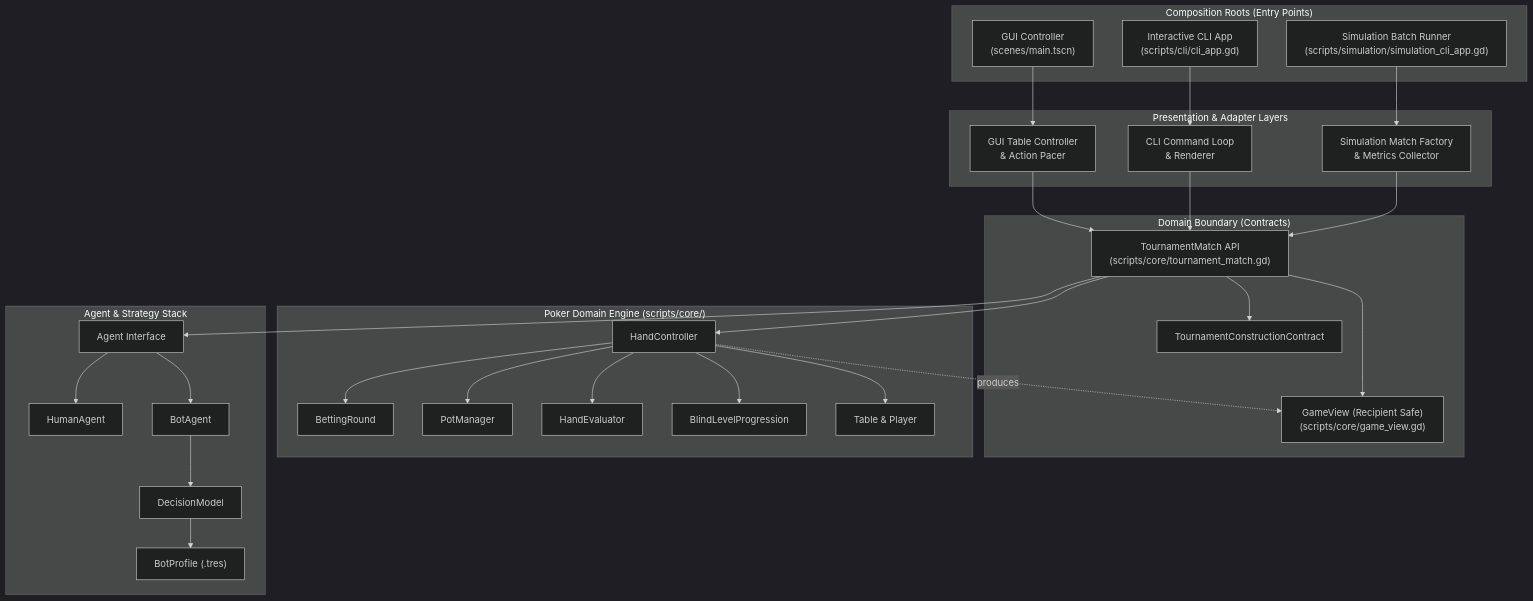
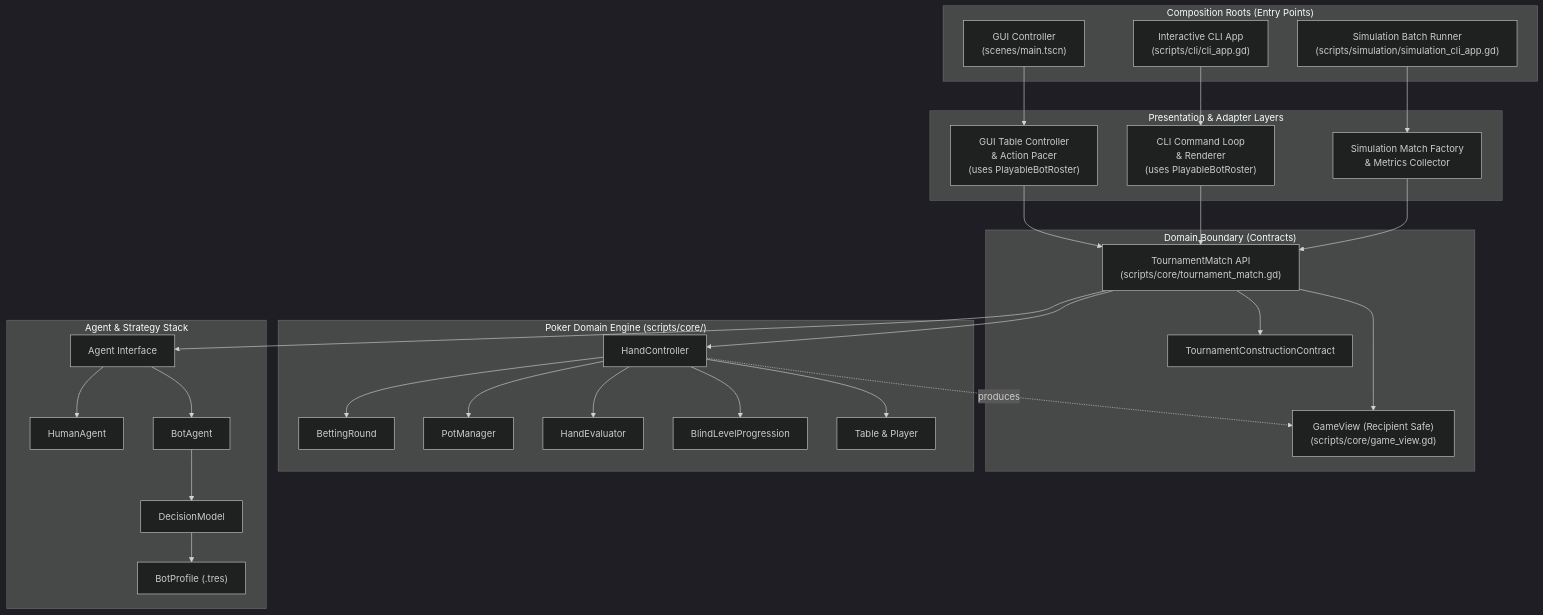
Before and after one commit to rofferdal/pokahdot: the first of 3 diagrams in devdocs/reference/architecture.md, drawn with Mermaid (dark theme). The commit also changed other lines of this file and 10 other files, not shown here.

````diff
--- a/devdocs/reference/architecture.md
+++ b/devdocs/reference/architecture.md
@@ -11,62 +11,62 @@
 ```mermaid
 flowchart TD
     subgraph CompositionRoots["Composition Roots (Entry Points)"]
         GUI_Root["GUI Controller\n(scenes/main.tscn)"]
         CLI_Root["Interactive CLI App\n(scripts/cli/cli_app.gd)"]
         SIM_Root["Simulation Batch Runner\n(scripts/simulation/simulation_cli_app.gd)"]
     end
 
     subgraph Adapters["Presentation & Adapter Layers"]
-        GUI_Adapter["GUI Table Controller\n& Action Pacer"]
-        CLI_Adapter["CLI Command Loop\n& Renderer"]
+        GUI_Adapter["GUI Table Controller\n& Action Pacer\n(uses PlayableBotRoster)"]
+        CLI_Adapter["CLI Command Loop\n& Renderer\n(uses PlayableBotRoster)"]
         SIM_Adapter["Simulation Match Factory\n& Metrics Collector"]
     end
 
     subgraph Boundaries["Domain Boundary (Contracts)"]
         TM["TournamentMatch API\n(scripts/core/tournament_match.gd)"]
         GV["GameView (Recipient Safe)\n(scripts/core/game_view.gd)"]
         TCC["TournamentConstructionContract"]
     end
 
     subgraph CoreEngine["Poker Domain Engine (scripts/core/)"]
         HC["HandController"]
         BR["BettingRound"]
         PM["PotManager"]
         HE["HandEvaluator"]
         BLP["BlindLevelProgression"]
         TBL["Table & Player"]
     end
 
     subgraph AgentLayer["Agent & Strategy Stack"]
         AG["Agent Interface"]
         HA["HumanAgent"]
         BA["BotAgent"]
         DM["DecisionModel"]
         BP["BotProfile (.tres)"]
     end
 
     GUI_Root --> GUI_Adapter
     CLI_Root --> CLI_Adapter
     SIM_Root --> SIM_Adapter
 
     GUI_Adapter --> TM
     CLI_Adapter --> TM
     SIM_Adapter --> TM
 
     TM --> HC
     HC --> BR
     HC --> PM
     HC --> HE
     HC --> BLP
     HC --> TBL
 
     TM --> GV
     TM --> TCC
     HC -.->|produces| GV
 
     TM --> AG
     AG --> HA
     AG --> BA
     BA --> DM
     DM --> BP
 ```
````
